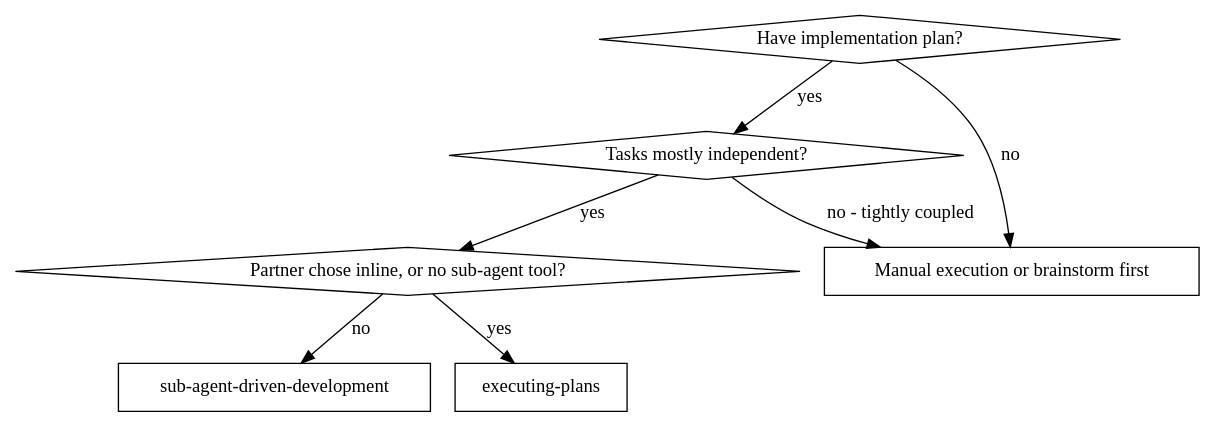
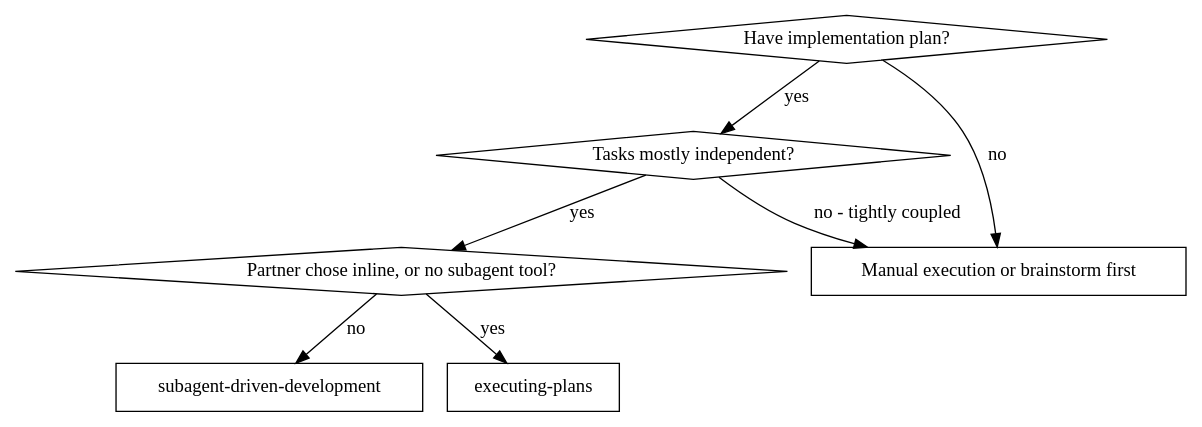
Before and after one commit to ScoobyBaby1999/doomalay: the first of 2 diagrams in brain/agent_skills/superpowers-subagent-driven-development/SKILL.md, drawn with Graphviz. The commit also changed other lines of this file and 62 other files, not shown here.

````diff
--- a/brain/agent_skills/superpowers-subagent-driven-development/SKILL.md
+++ b/brain/agent_skills/superpowers-subagent-driven-development/SKILL.md
@@ -35,17 +35,17 @@
 ```dot
 digraph when_to_use {
     "Have implementation plan?" [shape=diamond];
     "Tasks mostly independent?" [shape=diamond];
-    "Partner chose inline, or no sub-agent tool?" [shape=diamond];
-    "sub-agent-driven-development" [shape=box];
+    "Partner chose inline, or no subagent tool?" [shape=diamond];
+    "subagent-driven-development" [shape=box];
     "executing-plans" [shape=box];
     "Manual execution or brainstorm first" [shape=box];
 
     "Have implementation plan?" -> "Tasks mostly independent?" [label="yes"];
     "Have implementation plan?" -> "Manual execution or brainstorm first" [label="no"];
-    "Tasks mostly independent?" -> "Partner chose inline, or no sub-agent tool?" [label="yes"];
+    "Tasks mostly independent?" -> "Partner chose inline, or no subagent tool?" [label="yes"];
     "Tasks mostly independent?" -> "Manual execution or brainstorm first" [label="no - tightly coupled"];
-    "Partner chose inline, or no sub-agent tool?" -> "executing-plans" [label="yes"];
-    "Partner chose inline, or no sub-agent tool?" -> "sub-agent-driven-development" [label="no"];
+    "Partner chose inline, or no subagent tool?" -> "executing-plans" [label="yes"];
+    "Partner chose inline, or no subagent tool?" -> "subagent-driven-development" [label="no"];
 }
 ```
````
